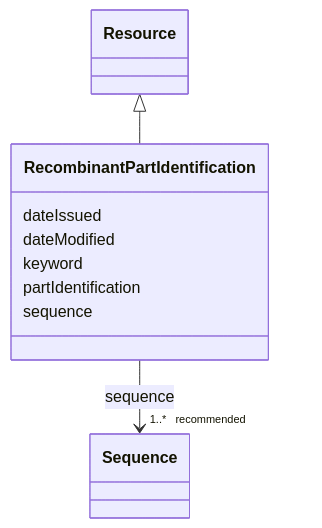
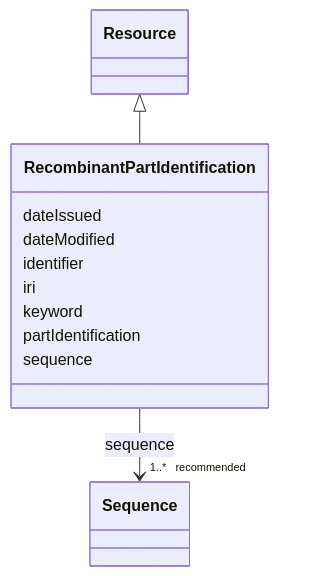
Before and after one commit to EVORA-project/evora-ontology: the diagram in models/docs/RecombinantPartIdentification.md, drawn with Mermaid. The commit also changed other lines of this file and 391 other files, not shown here.

````diff
--- a/models/docs/RecombinantPartIdentification.md
+++ b/models/docs/RecombinantPartIdentification.md
@@ -19,26 +19,30 @@
 ```mermaid
  classDiagram
     class RecombinantPartIdentification
     click RecombinantPartIdentification href "../RecombinantPartIdentification"
       Resource <|-- RecombinantPartIdentification
         click Resource href "../Resource"
       
       RecombinantPartIdentification : dateIssued
         
       RecombinantPartIdentification : dateModified
+        
+      RecombinantPartIdentification : identifier
+        
+      RecombinantPartIdentification : iri
         
       RecombinantPartIdentification : keyword
         
       RecombinantPartIdentification : partIdentification
         
       RecombinantPartIdentification : sequence
         
           
     
     
     RecombinantPartIdentification --> "1..* _recommended_" Sequence : sequence
     click Sequence href "../Sequence"
 
         
       
 ```
````
